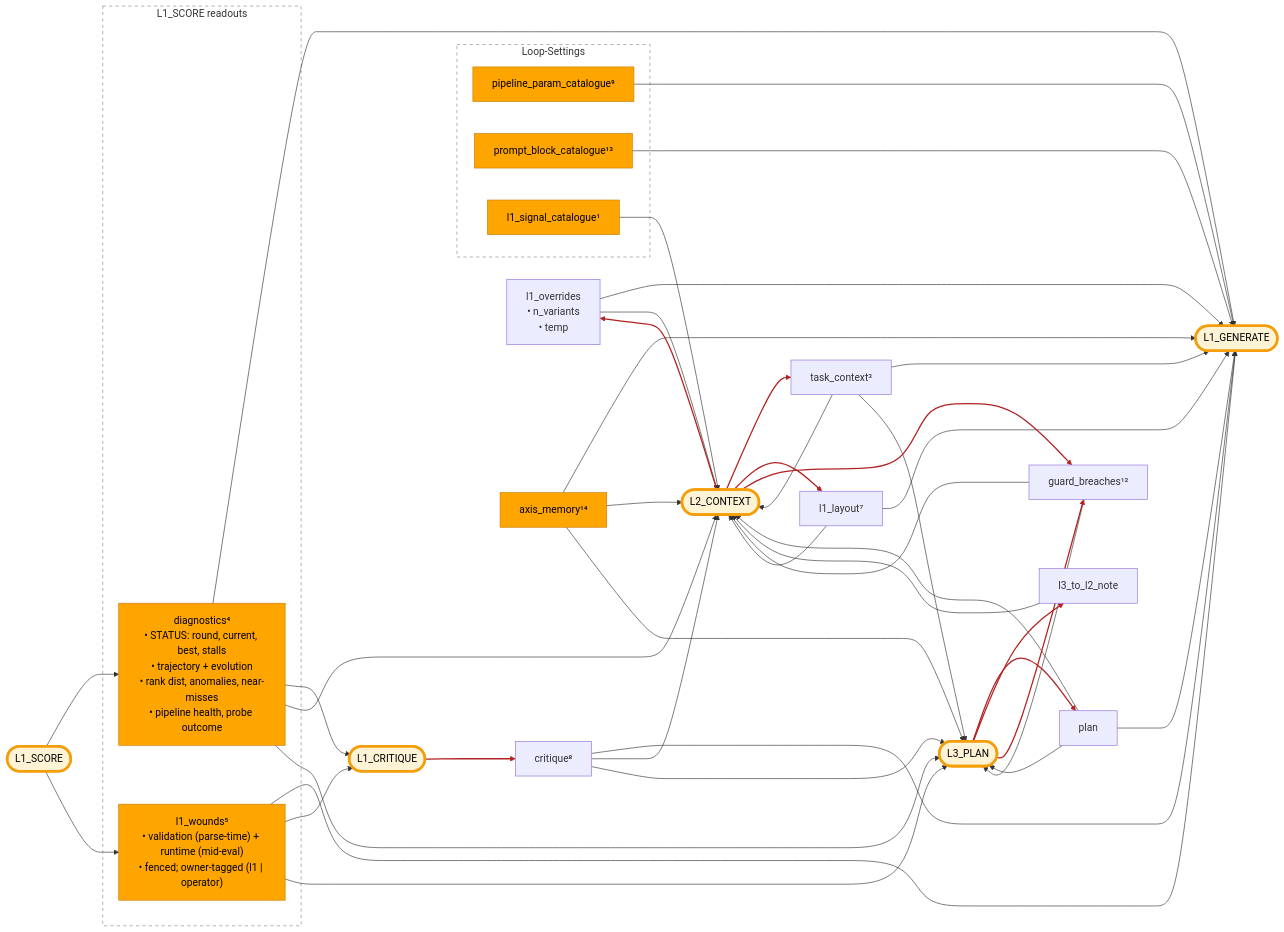
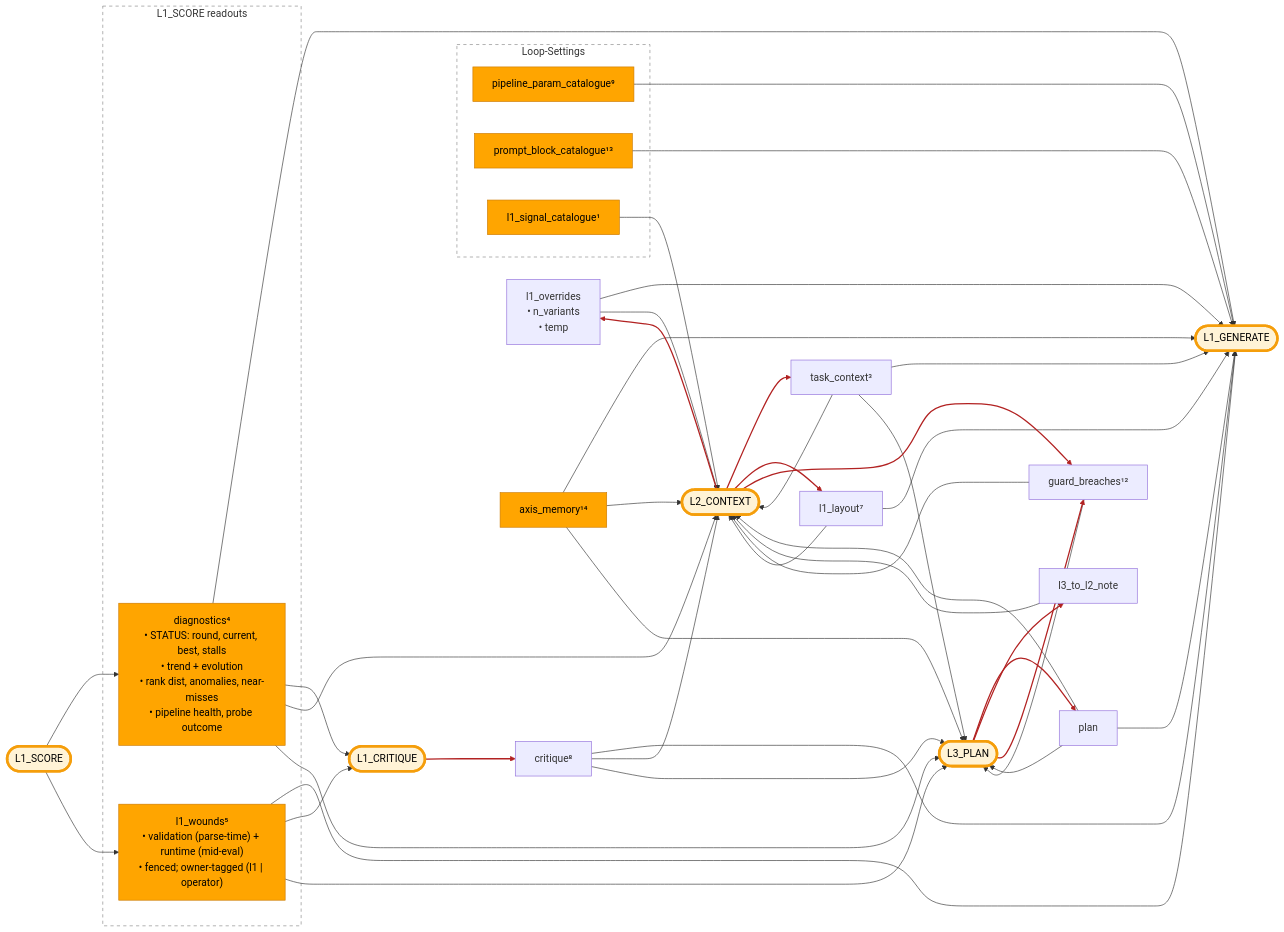
One commit to PromptPotter/prompt-potter-optimizer changed the diagram in docs/developer/dispatch-hub.md. Above: the diagram before and after it, drawn with Mermaid. The commit also changed other lines of this file and 35 other files, not shown here.

```diff
--- a/docs/developer/dispatch-hub.md
+++ b/docs/developer/dispatch-hub.md
@@ -26,7 +26,7 @@
   %% L1_SCORE readouts — diagnostics is per-round on Bundle.digest; l1_wounds
   %% (validation parse-time + runtime mid-eval) accumulates on OptSearchPoint cross-round.
   subgraph SR["L1_SCORE readouts"]
-    DIAG["diagnostics⁴<br/>• STATUS: round, current, best, stalls<br/>• trajectory + evolution<br/>• rank dist, anomalies, near-misses<br/>• pipeline health, probe outcome"]:::det
+    DIAG["diagnostics⁴<br/>• STATUS: round, current, best, stalls<br/>• trend + evolution<br/>• rank dist, anomalies, near-misses<br/>• pipeline health, probe outcome"]:::det
     L1W["l1_wounds⁵<br/>• validation (parse-time) + runtime (mid-eval)<br/>• fenced; owner-tagged (l1 | operator)"]:::det
   end
   style SR fill:none,stroke:#888,stroke-dasharray: 5 5
```
